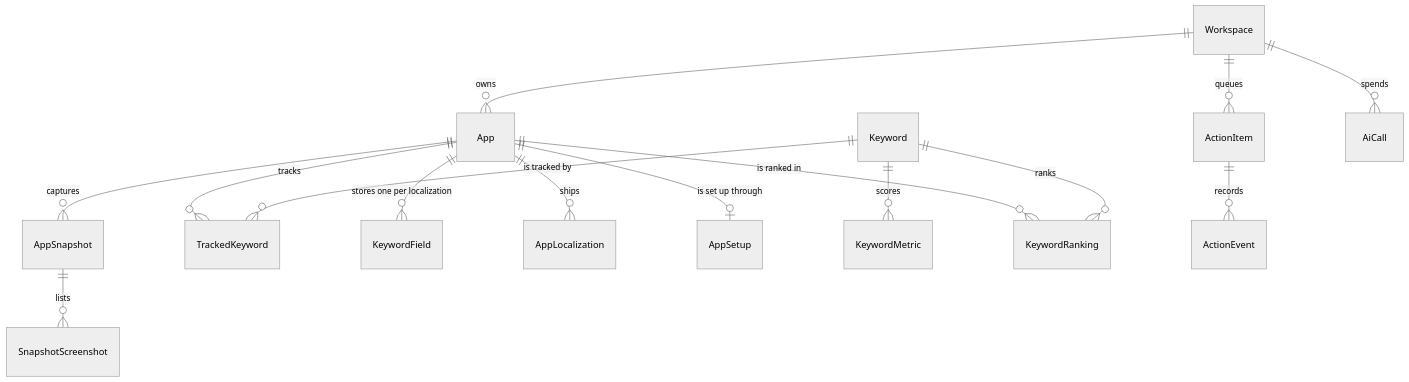
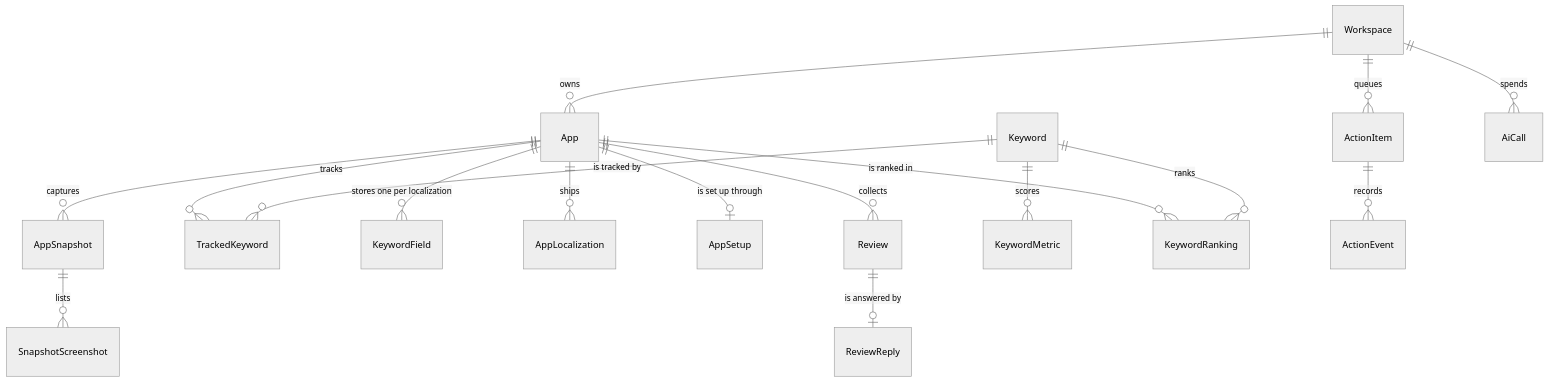
Before and after one commit to AsoBeast/asobeast: the diagram in docs/concepts/data-model.mdx, drawn with Mermaid (neutral theme). The commit also changed other lines of this file and 5 other files, not shown here.

````diff
--- a/docs/concepts/data-model.mdx
+++ b/docs/concepts/data-model.mdx
@@ -44,17 +45,19 @@
 ```mermaid
 erDiagram
   Workspace ||--o{ App : owns
   App ||--o{ AppSnapshot : captures
   AppSnapshot ||--o{ SnapshotScreenshot : lists
   App ||--o{ TrackedKeyword : tracks
   App ||--o{ KeywordField : "stores one per localization"
   App ||--o{ AppLocalization : ships
   App ||--o| AppSetup : "is set up through"
+  App ||--o{ Review : collects
+  Review ||--o| ReviewReply : "is answered by"
   Keyword ||--o{ TrackedKeyword : "is tracked by"
   Keyword ||--o{ KeywordMetric : scores
   App ||--o{ KeywordRanking : "is ranked in"
   Keyword ||--o{ KeywordRanking : ranks
   Workspace ||--o{ ActionItem : queues
   ActionItem ||--o{ ActionEvent : records
   Workspace ||--o{ AiCall : spends
 ```
````
